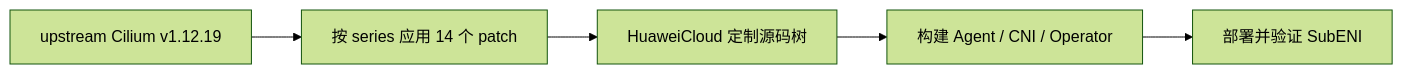
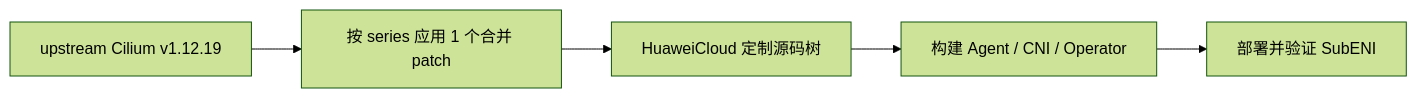
The diagram in README.md (lchany/huawei-cilium-plug), drawn with Mermaid (forest theme) before and after one commit. The commit also changed other lines of this file and 28 other files, not shown here.

````diff
--- a/README.md
+++ b/README.md
@@ -104,10 +96,10 @@
 ```mermaid
 flowchart LR
     base["upstream Cilium v1.12.19"]
-    patches["按 series 应用 14 个 patch"]
+    patches["按 series 应用 1 个合并 patch"]
     source["HuaweiCloud 定制源码树"]
     build["构建 Agent / CNI / Operator"]
     deploy["部署并验证 SubENI"]
 
     base --> patches --> source --> build --> deploy
 ```
````
